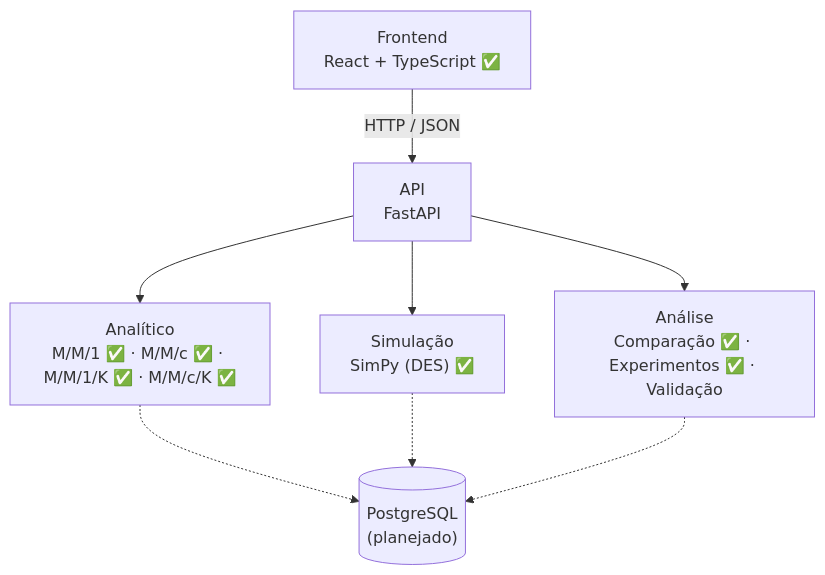
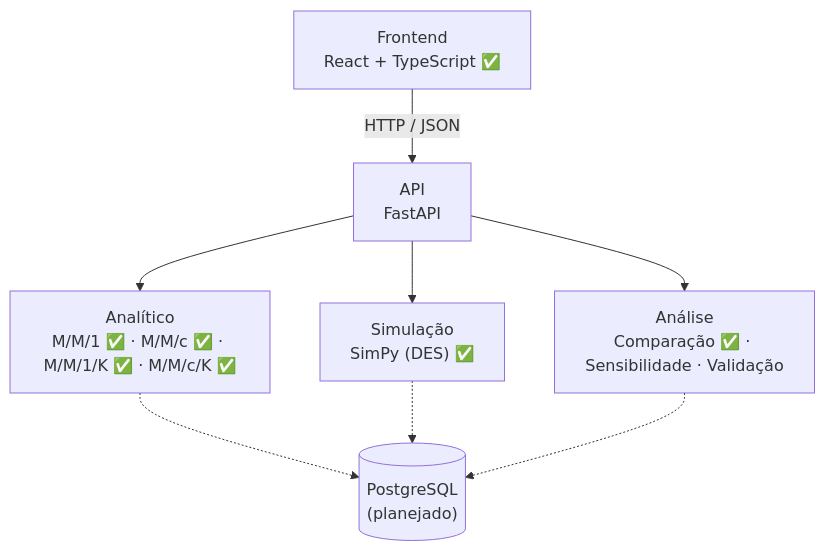
One commit to lucifer-son/QSimulador changed the diagram in README.md. Above: the diagram before and after it, drawn with Mermaid. The commit also changed other lines of this file and 65 other files, not shown here.

````diff
--- a/README.md
+++ b/README.md
@@ -261,17 +260,17 @@
 ```mermaid
 flowchart TD
     FE["Frontend<br/>React + TypeScript ✅"]
     API["API<br/>FastAPI"]
     AN["Analítico<br/>M/M/1 ✅ · M/M/c ✅ · M/M/1/K ✅ · M/M/c/K ✅"]
     SIM["Simulação<br/>SimPy (DES) ✅"]
-    ANL["Análise<br/>Comparação ✅ · Experimentos ✅ · Validação"]
+    ANL["Análise<br/>Comparação ✅ · Sensibilidade · Validação"]
     DB[("PostgreSQL<br/>(planejado)")]
 
     FE -->|HTTP / JSON| API
     API --> AN
     API --> SIM
     API --> ANL
     AN -.-> DB
     SIM -.-> DB
     ANL -.-> DB
 ```
````
